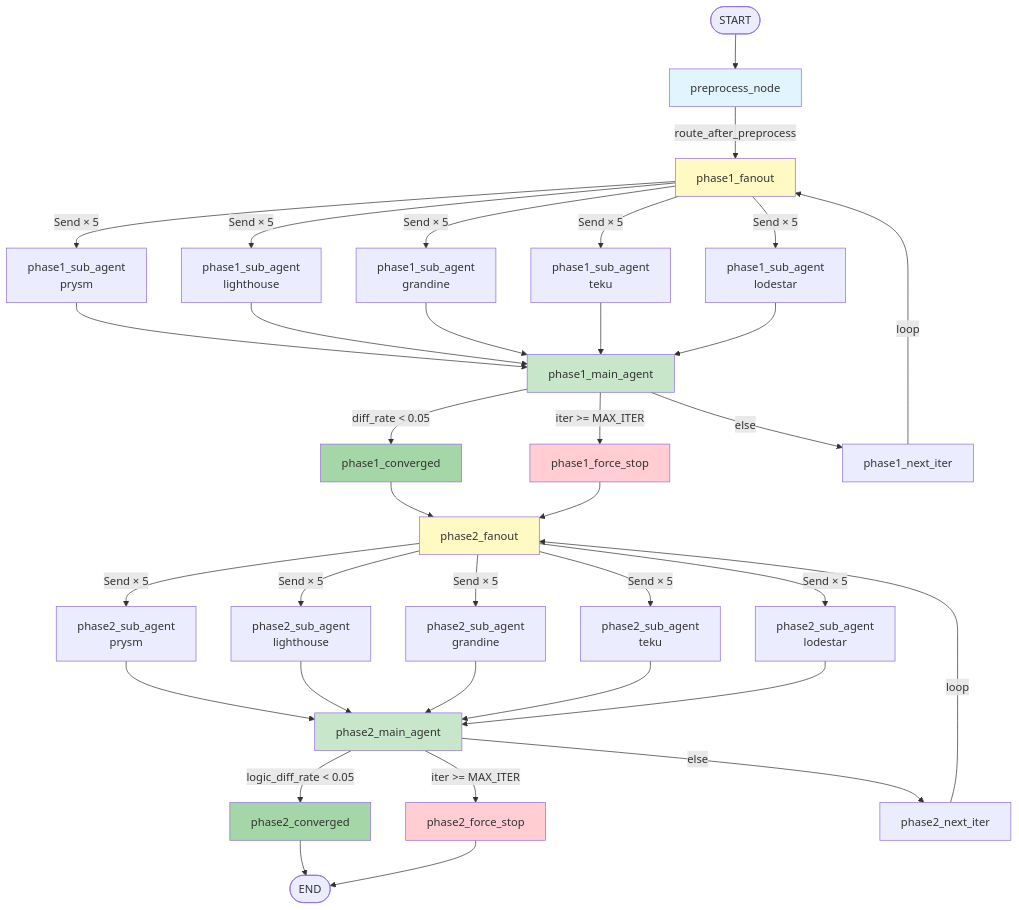
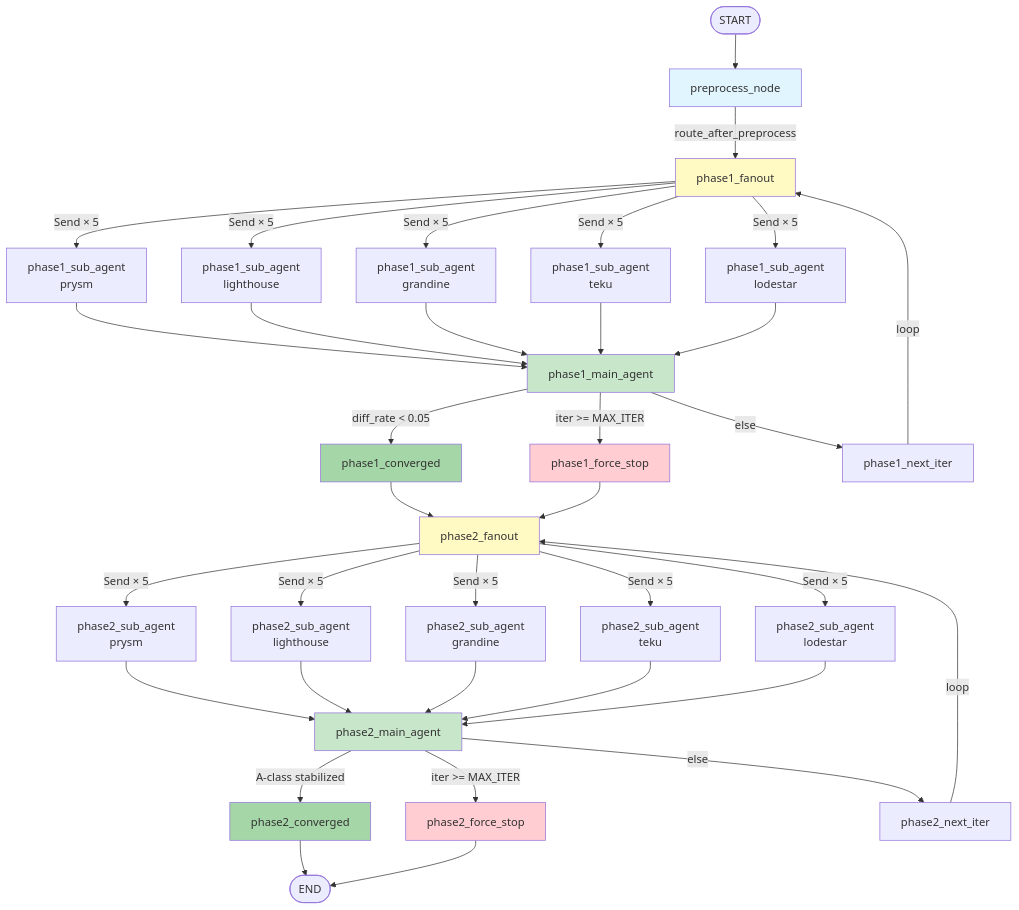
Before and after one commit to xueqianLu/EthSyncAuditor: the diagram in docs/Architecture.md, drawn with Mermaid. The commit also changed other lines of this file and 8 other files, not shown here.

Commit message:
fix: Phase 2 convergence logic and enriched diff report

````diff
--- a/docs/Architecture.md
+++ b/docs/Architecture.md
@@ -35,56 +38,56 @@
 ```mermaid
 graph TD
     START([START]) --> preprocess[preprocess_node]
 
     preprocess -->|route_after_preprocess| P1_FAN[phase1_fanout]
 
     P1_FAN -->|Send × 5| P1_SUB_prysm[phase1_sub_agent<br/>prysm]
     P1_FAN -->|Send × 5| P1_SUB_lh[phase1_sub_agent<br/>lighthouse]
     P1_FAN -->|Send × 5| P1_SUB_gr[phase1_sub_agent<br/>grandine]
     P1_FAN -->|Send × 5| P1_SUB_tk[phase1_sub_agent<br/>teku]
     P1_FAN -->|Send × 5| P1_SUB_ls[phase1_sub_agent<br/>lodestar]
 
     P1_SUB_prysm --> P1_MAIN[phase1_main_agent]
     P1_SUB_lh --> P1_MAIN
     P1_SUB_gr --> P1_MAIN
     P1_SUB_tk --> P1_MAIN
     P1_SUB_ls --> P1_MAIN
 
     P1_MAIN -->|diff_rate < 0.05| P1_CONV[phase1_converged]
     P1_MAIN -->|iter >= MAX_ITER| P1_STOP[phase1_force_stop]
     P1_MAIN -->|else| P1_NEXT[phase1_next_iter]
 
     P1_NEXT -->|loop| P1_FAN
     P1_CONV --> P2_FAN[phase2_fanout]
     P1_STOP --> P2_FAN
 
     P2_FAN -->|Send × 5| P2_SUB_prysm[phase2_sub_agent<br/>prysm]
     P2_FAN -->|Send × 5| P2_SUB_lh[phase2_sub_agent<br/>lighthouse]
     P2_FAN -->|Send × 5| P2_SUB_gr[phase2_sub_agent<br/>grandine]
     P2_FAN -->|Send × 5| P2_SUB_tk[phase2_sub_agent<br/>teku]
     P2_FAN -->|Send × 5| P2_SUB_ls[phase2_sub_agent<br/>lodestar]
 
     P2_SUB_prysm --> P2_MAIN[phase2_main_agent]
     P2_SUB_lh --> P2_MAIN
     P2_SUB_gr --> P2_MAIN
     P2_SUB_tk --> P2_MAIN
     P2_SUB_ls --> P2_MAIN
 
-    P2_MAIN -->|logic_diff_rate < 0.05| P2_CONV[phase2_converged]
+    P2_MAIN -->|A-class stabilized| P2_CONV[phase2_converged]
     P2_MAIN -->|iter >= MAX_ITER| P2_STOP[phase2_force_stop]
     P2_MAIN -->|else| P2_NEXT[phase2_next_iter]
 
     P2_NEXT -->|loop| P2_FAN
     P2_CONV --> DONE([END])
     P2_STOP --> DONE
 
     style preprocess fill:#e1f5fe
     style P1_FAN fill:#fff9c4
     style P1_MAIN fill:#c8e6c9
     style P2_FAN fill:#fff9c4
     style P2_MAIN fill:#c8e6c9
     style P1_CONV fill:#a5d6a7
     style P2_CONV fill:#a5d6a7
     style P1_STOP fill:#ffcdd2
     style P2_STOP fill:#ffcdd2
 ```
````
